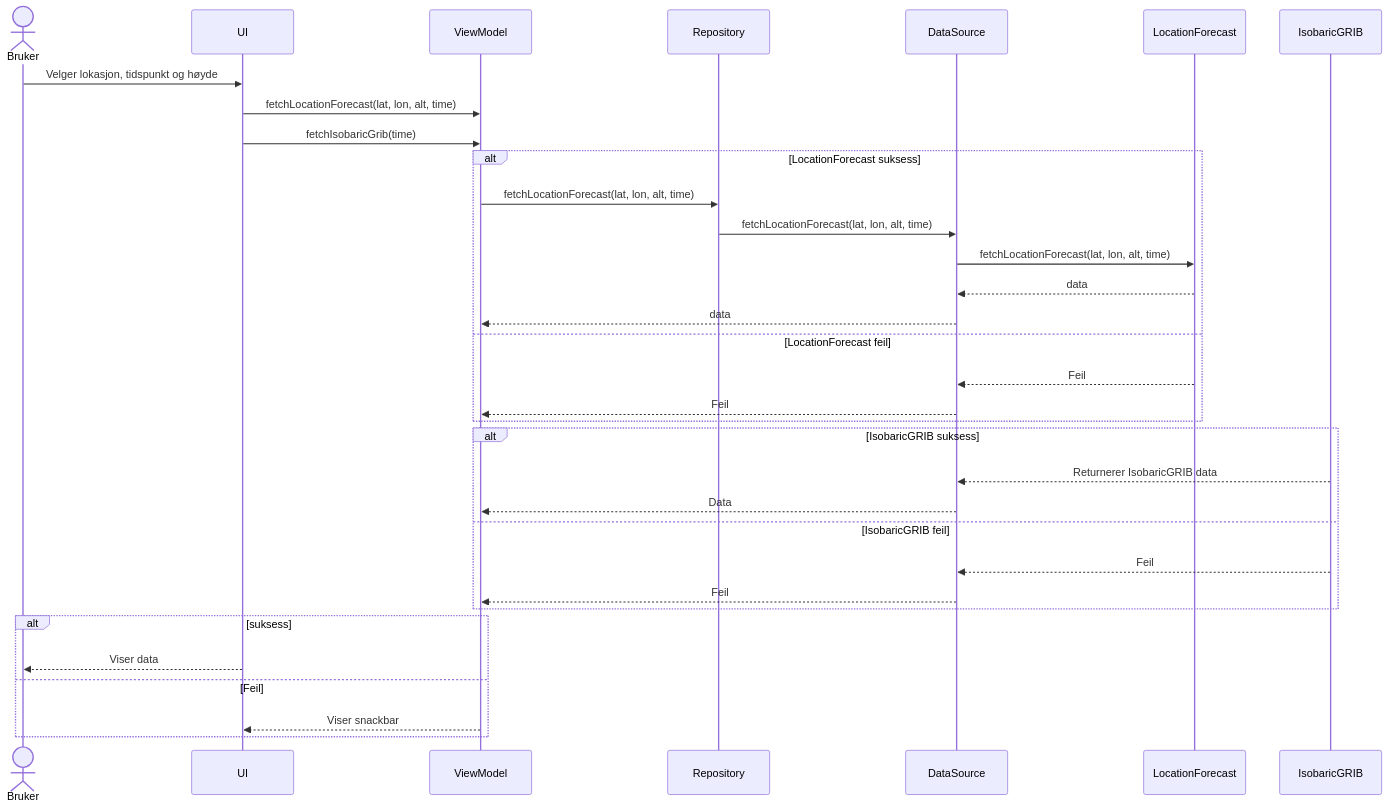
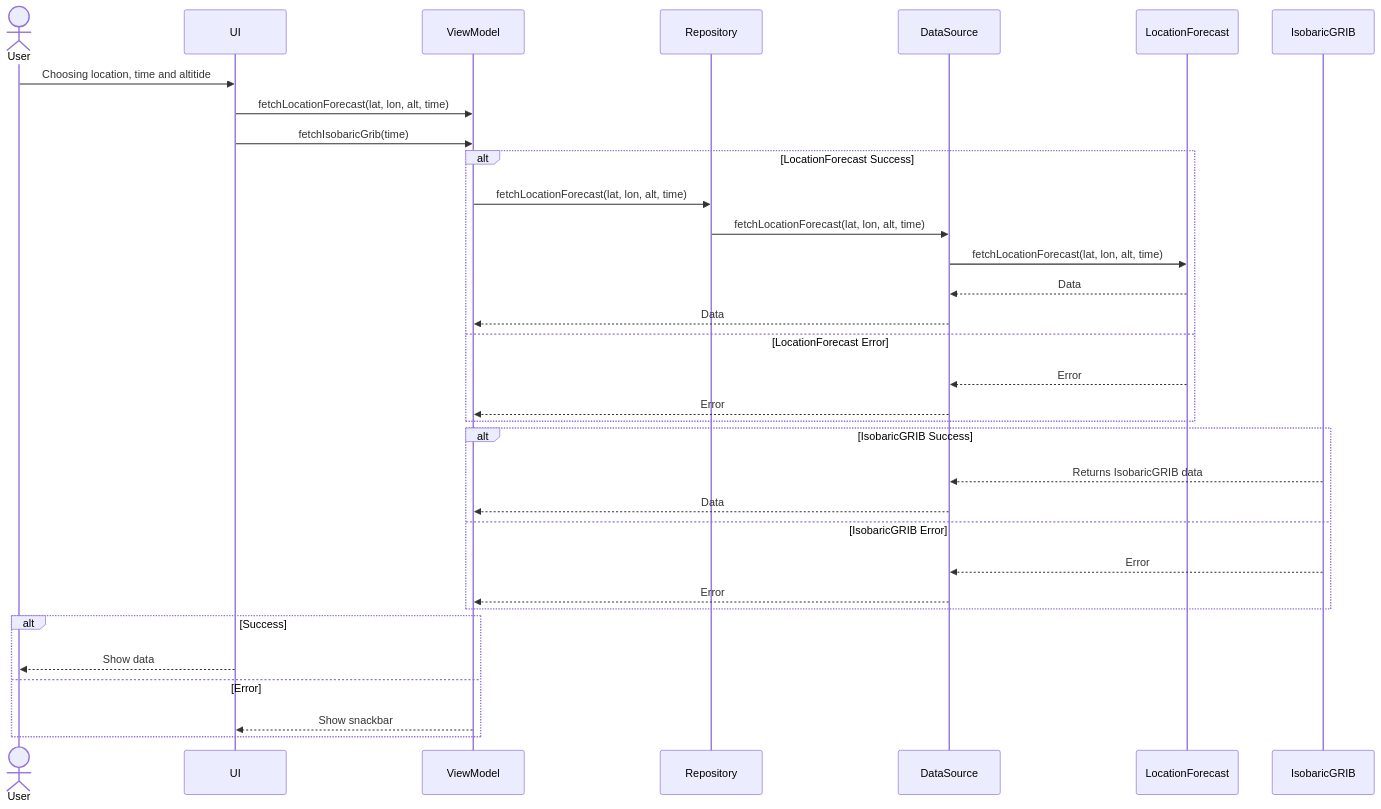
The diagram in MODELING.md (Nithusan2002/LiftOff), drawn with Mermaid before and after one commit. The commit also changed other lines of this file, not shown here.

````diff
--- a/MODELING.md
+++ b/MODELING.md
@@ -3,45 +3,45 @@
 ```mermaid
 sequenceDiagram
-    actor Bruker
+    actor User
     participant UI
     participant ViewModel
     participant Repository
     participant DataSource
     participant LocationForecast
     participant IsobaricGRIB
 
-    Bruker->>UI: Velger lokasjon, tidspunkt og høyde
+    User->>UI: Choosing location, time and altitide
 
     UI->>ViewModel: fetchLocationForecast(lat, lon, alt, time)
     UI->>ViewModel: fetchIsobaricGrib(time)
     
     
-    alt LocationForecast suksess
+    alt LocationForecast Success
         ViewModel->>Repository: fetchLocationForecast(lat, lon, alt, time)
         Repository->>DataSource: fetchLocationForecast(lat, lon, alt, time)
         DataSource->>LocationForecast: fetchLocationForecast(lat, lon, alt, time)
 
-        LocationForecast-->>DataSource: data
-        DataSource-->>ViewModel: data
+        LocationForecast-->>DataSource: Data
+        DataSource-->>ViewModel: Data
         
-    else LocationForecast feil
-        LocationForecast-->>DataSource:Feil
-        DataSource-->>ViewModel: Feil
+    else LocationForecast Error
+        LocationForecast-->>DataSource: Error
+        DataSource-->>ViewModel: Error
     end
 
-    alt IsobaricGRIB suksess
-        IsobaricGRIB-->>DataSource: Returnerer IsobaricGRIB data
+    alt IsobaricGRIB Success
+        IsobaricGRIB-->>DataSource: Returns IsobaricGRIB data
         DataSource-->>ViewModel: Data
-    else IsobaricGRIB feil
-        IsobaricGRIB-->>DataSource: Feil
-        DataSource-->>ViewModel: Feil
+    else IsobaricGRIB Error
+        IsobaricGRIB-->>DataSource: Error
+        DataSource-->>ViewModel: Error
     end
 
-    alt suksess
-        UI-->>Bruker: Viser data 
+    alt Success
+        UI-->>User: Show data 
 
-    else Feil
-        ViewModel-->>UI: Viser snackbar
+    else Error
+        ViewModel-->>UI: Show snackbar
 
     end
 ```
````
